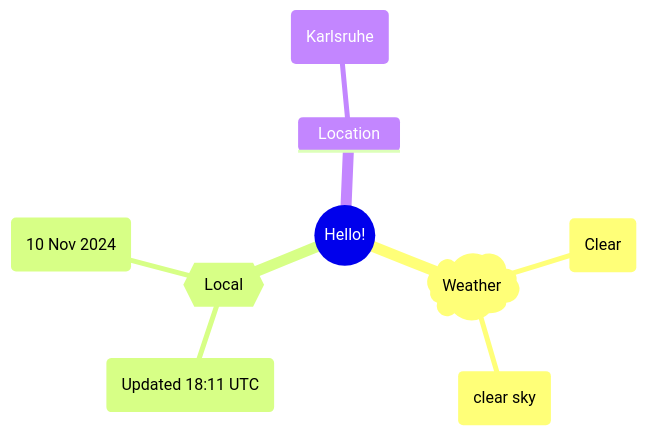
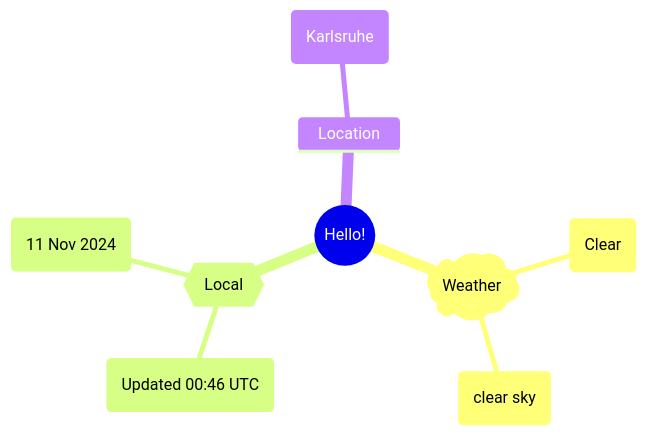
Before and after one commit to Xosrov/Xosrov: the first of 2 diagrams in README.md, drawn with Mermaid.

Commit message:
[bot] updated images

````diff
--- a/README.md
+++ b/README.md
@@ -3,12 +3,12 @@
 ```mermaid
 mindmap
   root((Hello!))
     )Weather(
         (Clear)
         (clear sky)
     {{Local}}
-        (Updated 18:11 UTC)
-        (10 Nov 2024)
+        (Updated 00:46 UTC)
+        (11 Nov 2024)
     Location
         (Karlsruhe)
 ```
````
